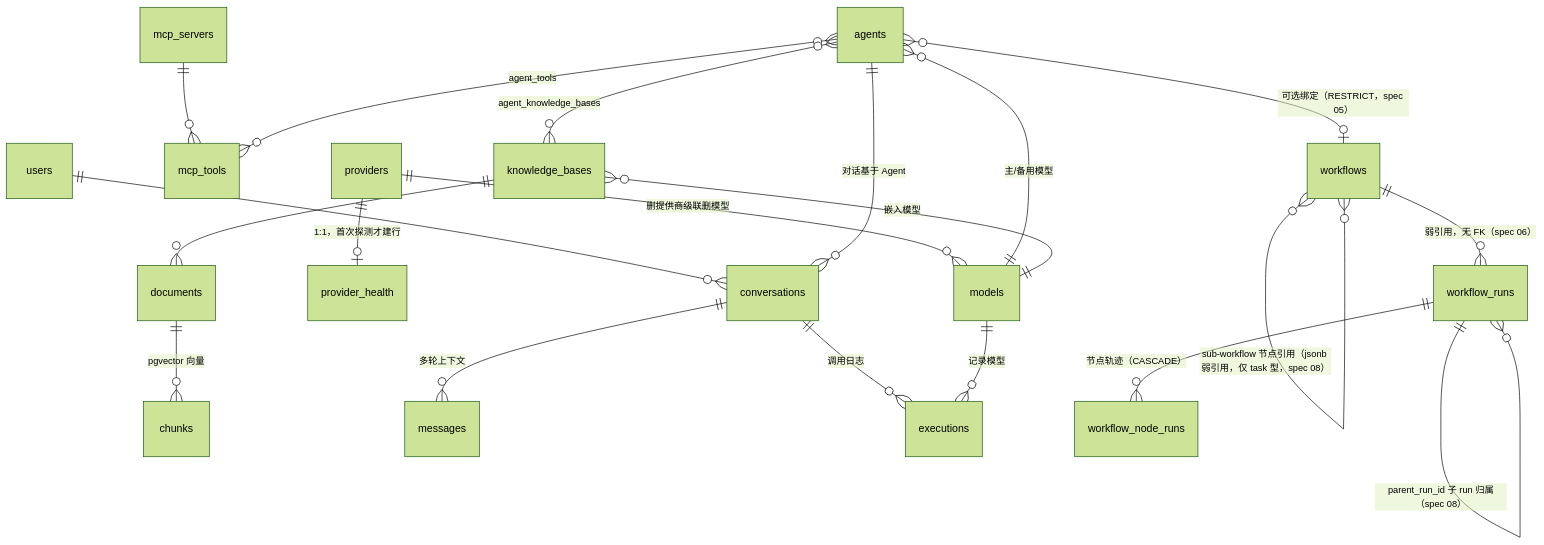
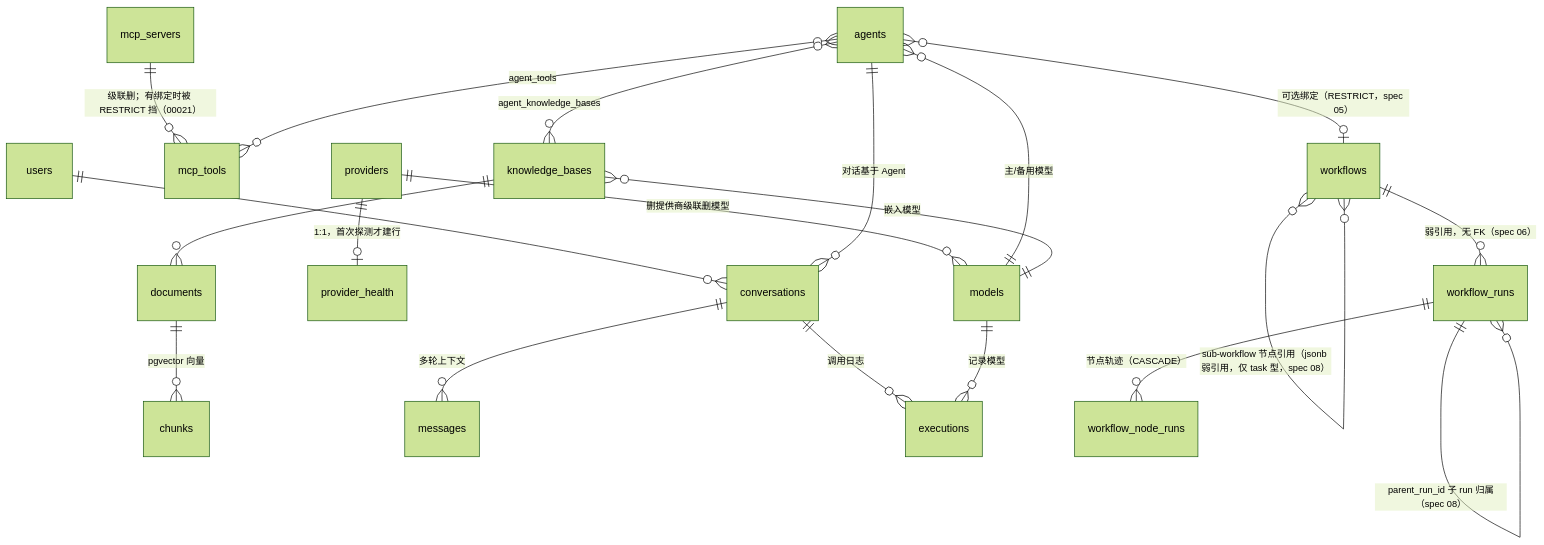
Before and after one commit to Karlsk/go-hify: the diagram in docs/design/data-model.md, drawn with Mermaid (forest theme). The commit also changed other lines of this file and 7 other files, not shown here.

````diff
--- a/docs/design/data-model.md
+++ b/docs/design/data-model.md
@@ -13,22 +13,22 @@
 ```mermaid
 erDiagram
     providers ||--o{ models : "删提供商级联删模型"
     providers ||--o| provider_health : "1:1，首次探测才建行"
-    mcp_servers ||--o{ mcp_tools : ""
+    mcp_servers ||--o{ mcp_tools : "级联删；有绑定时被 RESTRICT 挡（00021）"
     agents }o--|| models : "主/备用模型"
     agents }o--o{ mcp_tools : "agent_tools"
     agents }o--o{ knowledge_bases : "agent_knowledge_bases"
     agents }o--o| workflows : "可选绑定（RESTRICT，spec 05）"
     knowledge_bases }o--|| models : "嵌入模型"
     knowledge_bases ||--o{ documents : ""
     documents ||--o{ chunks : "pgvector 向量"
     users ||--o{ conversations : ""
     agents ||--o{ conversations : "对话基于 Agent"
     conversations ||--o{ messages : "多轮上下文"
     conversations ||--o{ executions : "调用日志"
     models ||--o{ executions : "记录模型"
     workflows ||--o{ workflow_runs : "弱引用，无 FK（spec 06）"
     workflow_runs ||--o{ workflow_node_runs : "节点轨迹（CASCADE）"
     workflows }o--o{ workflows : "sub-workflow 节点引用（jsonb 弱引用，仅 task 型，spec 08）"
     workflow_runs ||--o{ workflow_runs : "parent_run_id 子 run 归属（spec 08）"
 ```
````
